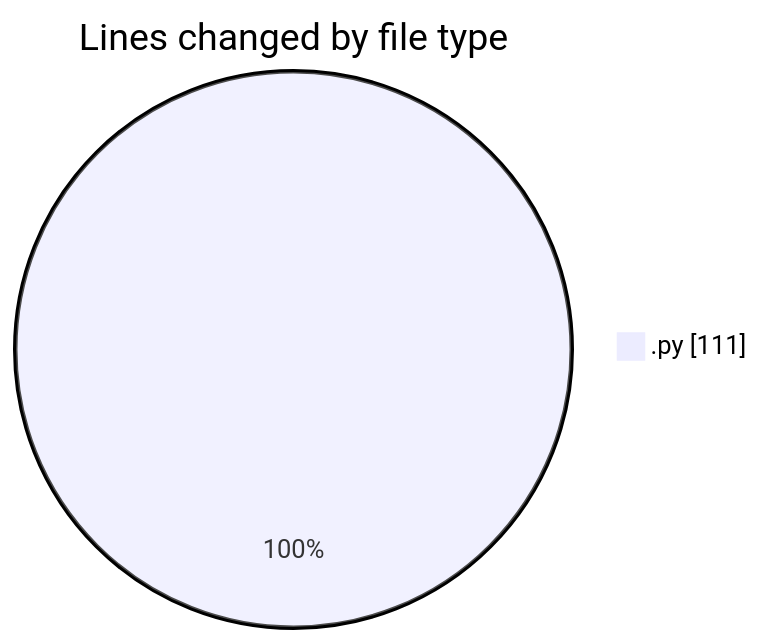
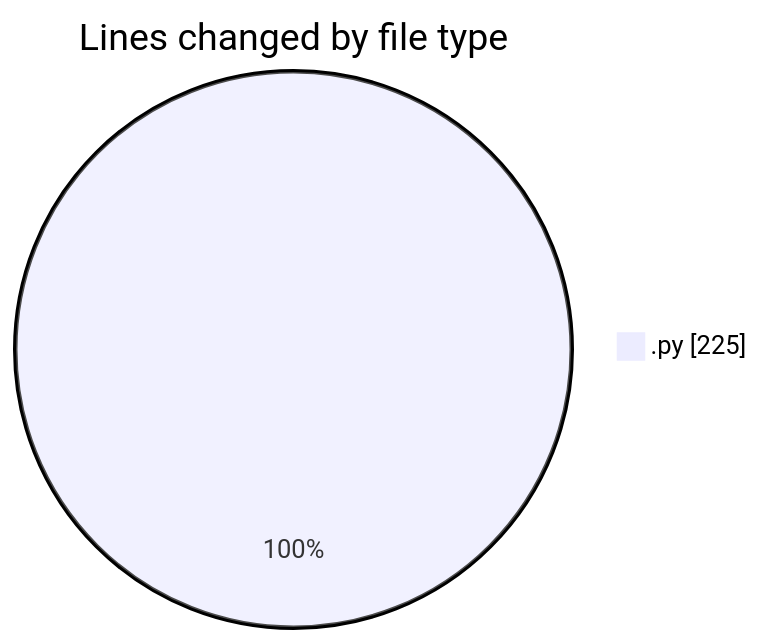
Before and after one commit to MatusMokan/code-tracking: the first of 2 diagrams in 2025-03-12/myws__workspace_/README.md, drawn with Mermaid. The commit also changed other lines of this file and 1 other file, not shown here.

````diff
--- a/2025-03-12/myws__workspace_/README.md
+++ b/2025-03-12/myws__workspace_/README.md
@@ -20,5 +20,5 @@
 ```mermaid
 pie showData
 title Lines changed by file type
-".py" : 111
+".py" : 225
 ```
````
